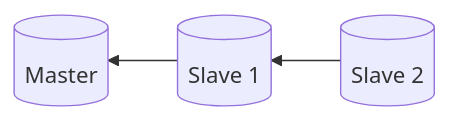
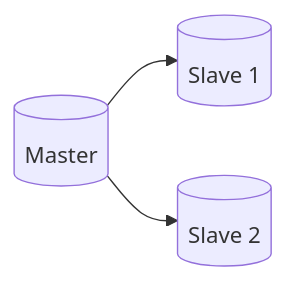
One commit to danilhendrasr/mysql-replication-experiment changed the diagram in group-replication/README.md. Above: the diagram before and after it, drawn with Mermaid. The commit also changed other lines of this file, not shown here.

````diff
--- a/group-replication/README.md
+++ b/group-replication/README.md
@@ -7,8 +6,8 @@
 ```mermaid
-flowchart RL
+flowchart LR
   master[(Master)]
   slave1[(Slave 1)]
   slave2[(Slave 2)]
-  slave1-->master
-  slave2-->slave1
+  master-->slave1
+  master-->slave2
 ```
````
